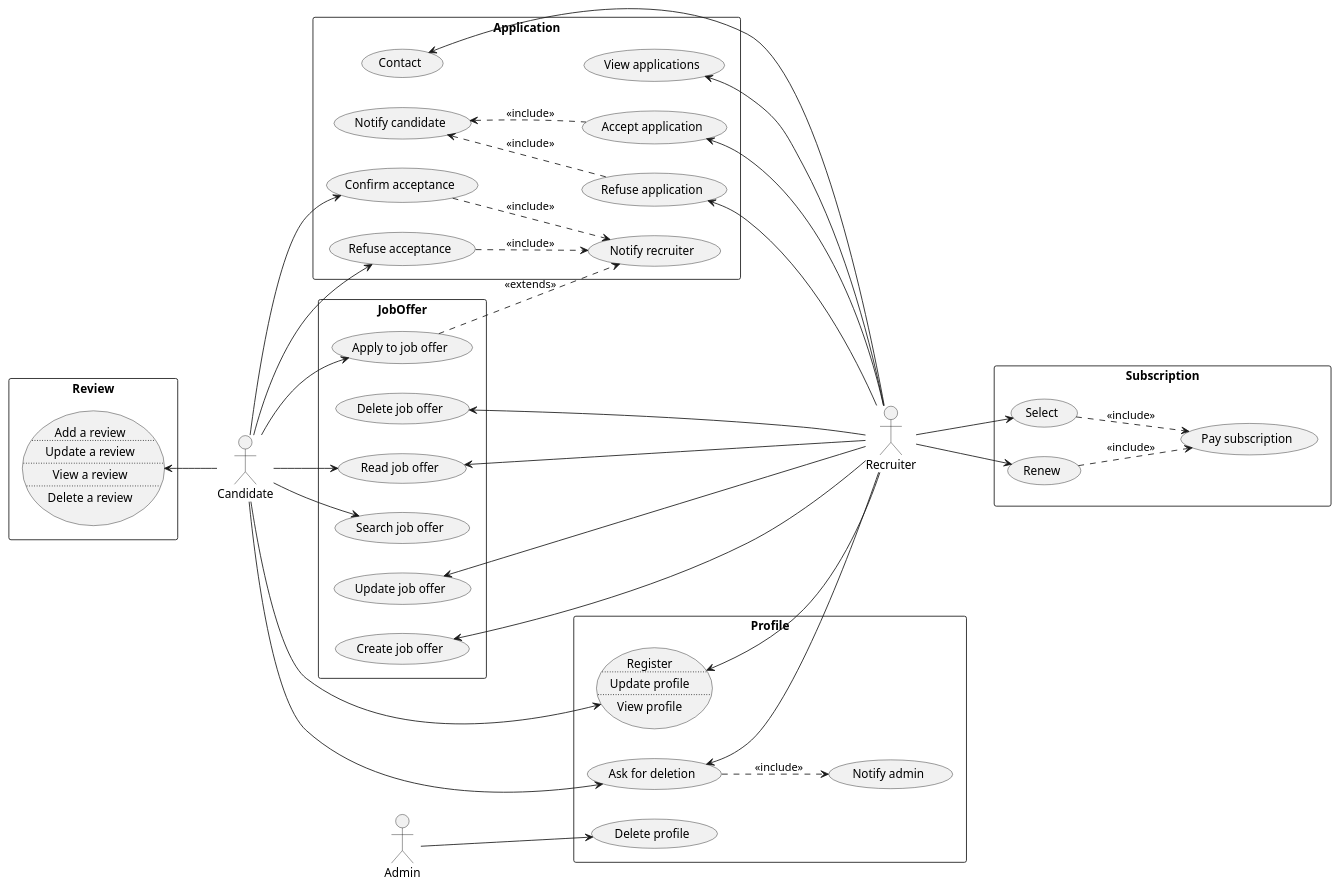
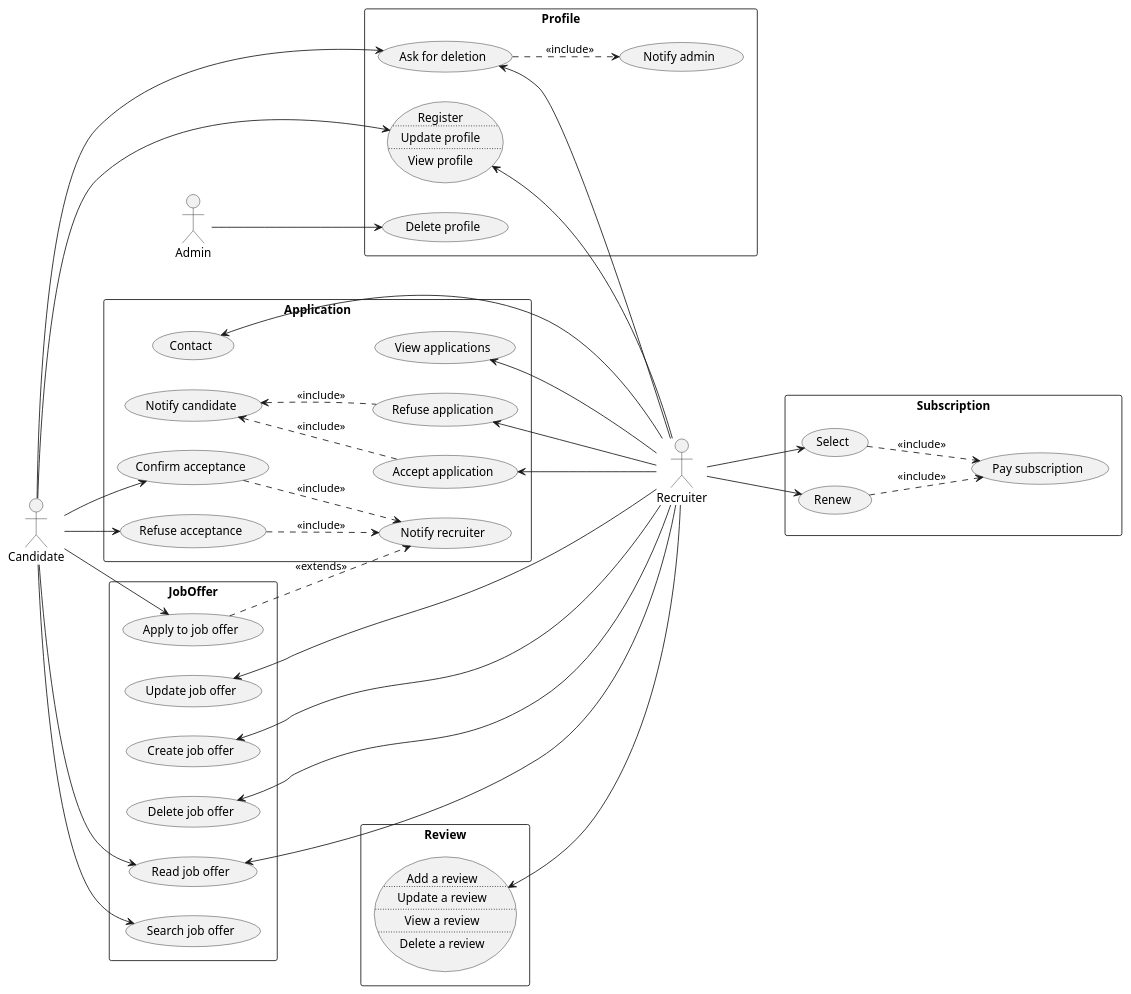
One commit to iusildra/tempo-talent changed the diagram in docs/usecases/usecases.plantuml. Above: the diagram before and after it, drawn with PlantUML. The commit also changed 2 other files, not shown here.

```diff
--- a/docs/usecases/usecases.plantuml
+++ b/docs/usecases/usecases.plantuml
@@ -1,95 +1,95 @@
 @startuml use-cases
 
 left to right direction
 
 actor Recruiter
 actor Candidate
 actor Admin
 
 rectangle Application {
   (Contact) as contact
   (View applications) as viewApplications
   (Accept application) as accept
   (Refuse application) as refuse
   (Confirm acceptance) as confirmAcceptance
   (Refuse acceptance) as refuseAcceptance
   (Notify candidate) as notifyCandidate
   (Notify recruiter) as notifyRecruiter
   accept .u.> notifyCandidate: <<include>>
   refuse .u.> notifyCandidate: <<include>>
   confirmAcceptance ..> notifyRecruiter: <<include>>
   refuseAcceptance  ..> notifyRecruiter: <<include>>
   contact .[hidden]d. viewApplications
 }
 
 Recruiter -u-> contact
 Recruiter -u-> accept
 Recruiter -u-> refuse
 Recruiter -u-> viewApplications
 Candidate --> confirmAcceptance
 Candidate --> refuseAcceptance
 
 
 rectangle JobOffer {
   (Create job offer) as createJob
   (Update job offer) as updateJob
   (Read job offer) as readJob
   (Delete job offer) as deleteJob
   (Search job offer) as searchJob
   (Apply to job offer) as applyJob
   applyJob ..> notifyRecruiter: <<extends>>
 }
 
 Recruiter -u-> createJob
 Recruiter -u-> updateJob
 Recruiter -u-> readJob
 Recruiter -u-> deleteJob
 Candidate --> searchJob
 Candidate --> readJob
 Candidate --> applyJob
 
 rectangle Profile {
   usecase Profile_CRU as "
   Register
   ..
   Update profile
   ..
   View profile
   "
   (Ask for deletion) as askDeletion
   (Notify admin) as notifyAdmin
   (Delete profile) as deleteProfile
   askDeletion ..> notifyAdmin: <<include>>
 }
 
 Candidate --> Profile_CRU
 Recruiter -u-> Profile_CRU
 Candidate --> askDeletion
 Recruiter --> askDeletion
 Admin --> deleteProfile
 
 rectangle Review {
   usecase Review_CRUD as "
   Add a review
   ..
   Update a review
   ..
   View a review
   ..
   Delete a review
   "
 }
 
-Candidate -u-> Review_CRUD
+Recruiter -u-> Review_CRUD
 
 rectangle Subscription {
   (Select) as selectSubscription
   (Renew) as renewSubscription
   (Pay subscription) as paySubscription
   selectSubscription ..> paySubscription: <<include>>
   renewSubscription  ..> paySubscription: <<include>>
 }
 Recruiter --> selectSubscription
 Recruiter --> renewSubscription
 
 @enduml
```
